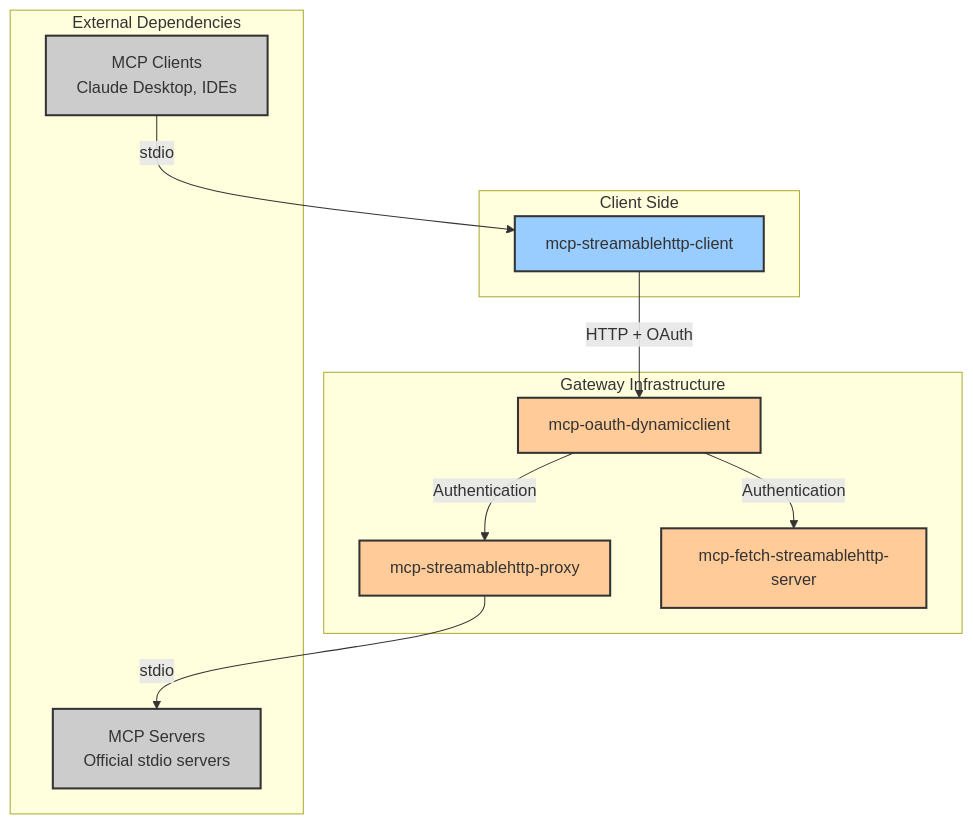
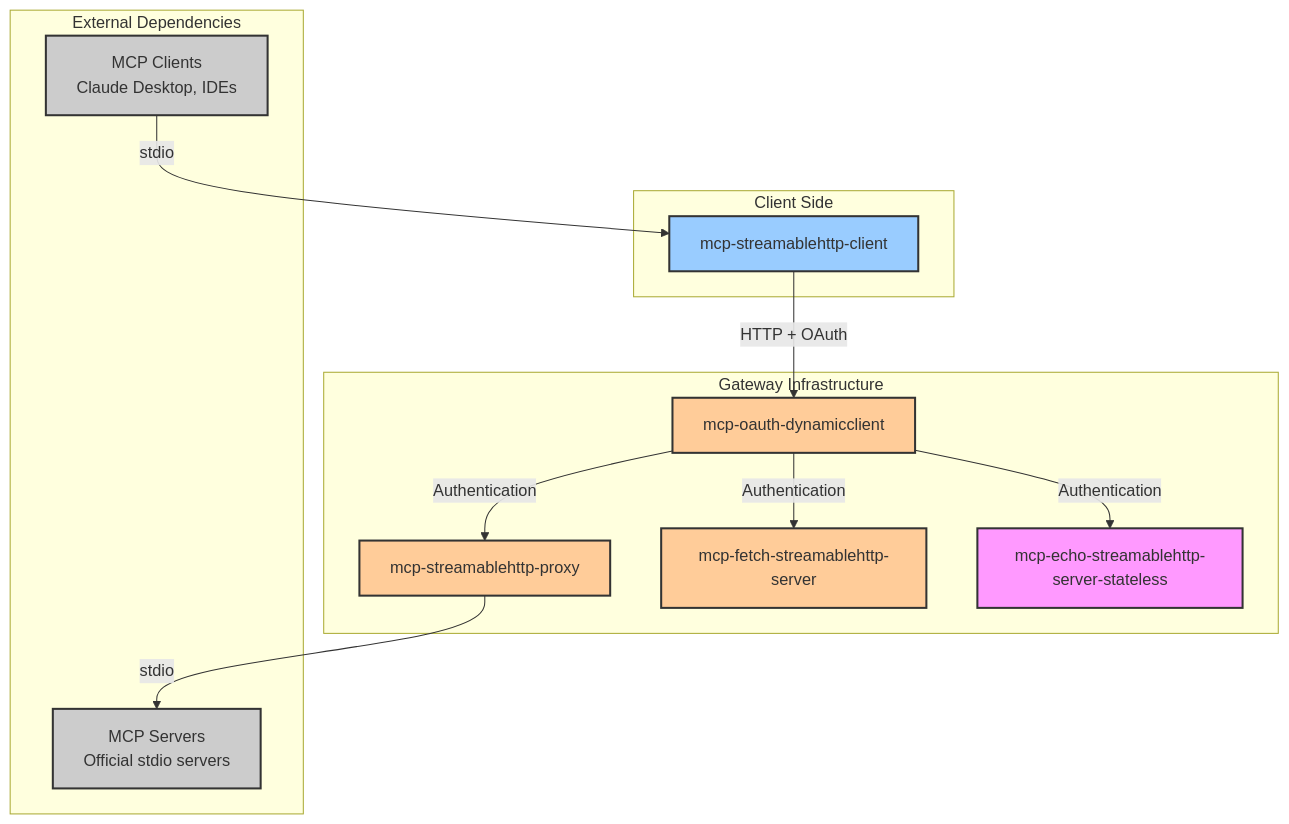
Before and after one commit to atrawog/mcp-oauth-gateway: the first of 2 diagrams in docs/packages/overview.md, drawn with Mermaid. The commit also changed other lines of this file and 4 other files, not shown here.

First line of the commit message:
Update MCP Echo StreamableHTTP Server with new diagnostic tool and documentation enhancements

````diff
--- a/docs/packages/overview.md
+++ b/docs/packages/overview.md
@@ -7,31 +7,35 @@
 ```{mermaid}
 graph TB
     subgraph "Client Side"
         C[mcp-streamablehttp-client]
     end
     
     subgraph "Gateway Infrastructure"
         O[mcp-oauth-dynamicclient]
         P[mcp-streamablehttp-proxy]
         F[mcp-fetch-streamablehttp-server]
+        E[mcp-echo-streamablehttp-server-stateless]
     end
     
     subgraph "External Dependencies"
         MC[MCP Clients<br/>Claude Desktop, IDEs]
         MS[MCP Servers<br/>Official stdio servers]
     end
     
     MC -->|stdio| C
     C -->|HTTP + OAuth| O
     O -->|Authentication| P
     O -->|Authentication| F
+    O -->|Authentication| E
     P -->|stdio| MS
     
     classDef client fill:#9cf,stroke:#333,stroke-width:2px
     classDef infra fill:#fc9,stroke:#333,stroke-width:2px
     classDef external fill:#ccc,stroke:#333,stroke-width:2px
+    classDef diagnostic fill:#f9f,stroke:#333,stroke-width:2px
     
     class C client
     class O,P,F infra
+    class E diagnostic
     class MC,MS external
 ```
````
